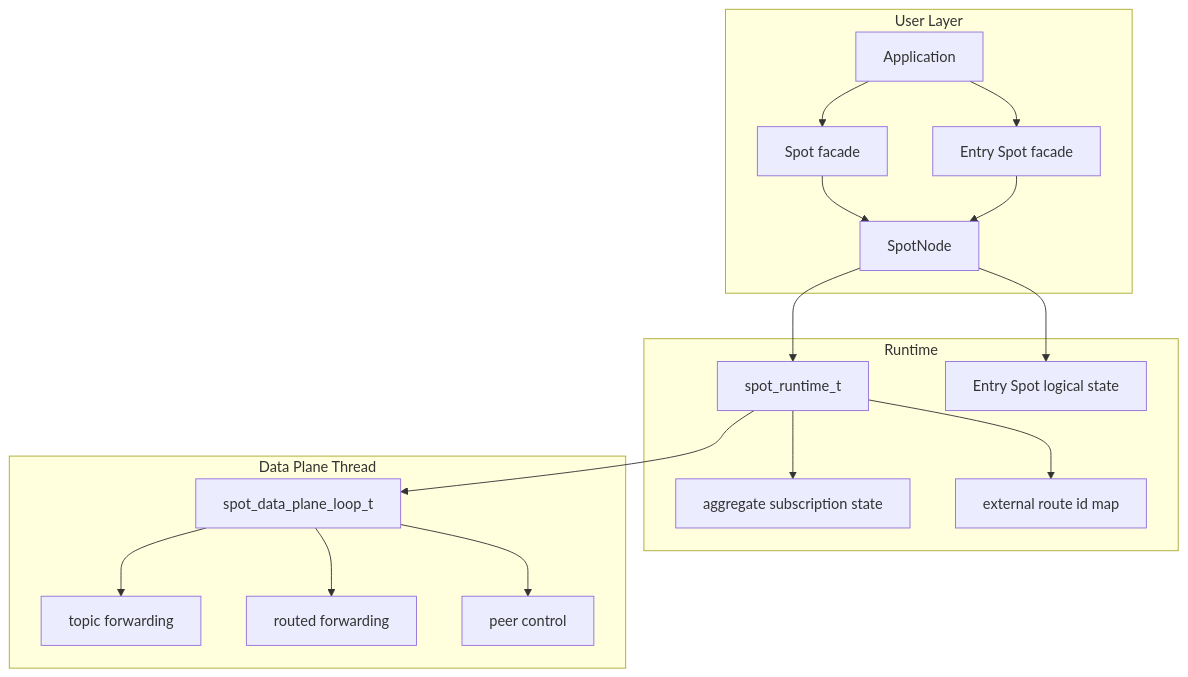
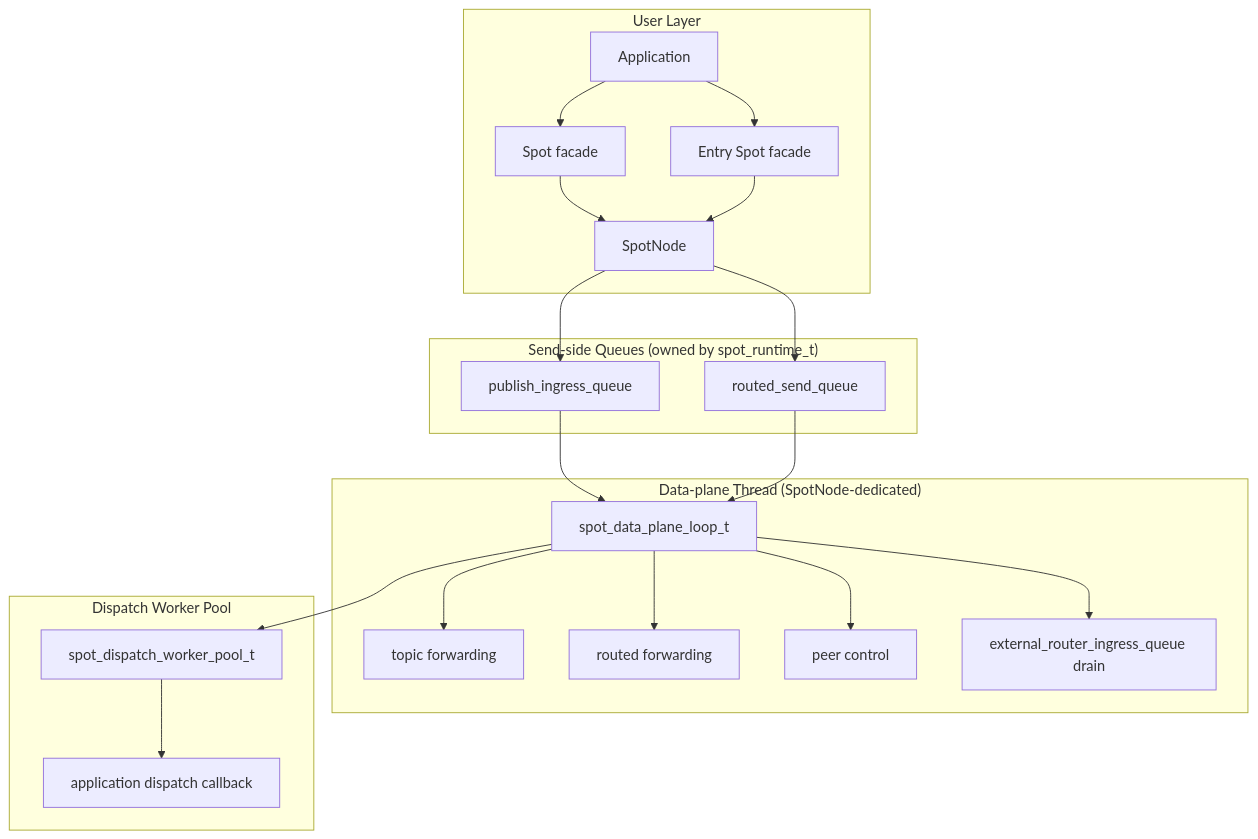
Before and after one commit to kairos-code-dev/zlink: the first of 11 diagrams in doc/internals/spot-internals.md, drawn with Mermaid. The commit also changed other lines of this file and 25 other files, not shown here.

Commit message:
Implement spot publish ingress data plane

````diff
--- a/doc/internals/spot-internals.md
+++ b/doc/internals/spot-internals.md
@@ -51,36 +61,42 @@
 ```mermaid
 flowchart TB
     subgraph UserLayer["User Layer"]
         app["Application"]
         spot["Spot facade"]
         entry["Entry Spot facade"]
         node["SpotNode"]
     end
 
-    subgraph RuntimeLayer["Runtime"]
-        runtime["spot_runtime_t"]
-        agg["aggregate subscription state"]
-        route_ids["external route id map"]
-        entry_state["Entry Spot logical state"]
+    subgraph SendQueues["Send-side Queues (owned by spot_runtime_t)"]
+        piq["publish_ingress_queue"]
+        rsq["routed_send_queue"]
     end
 
-    subgraph DataPlane["Data Plane Thread"]
+    subgraph DataPlane["Data-plane Thread (SpotNode-dedicated)"]
         loop["spot_data_plane_loop_t"]
         topic["topic forwarding"]
         routed["routed forwarding"]
         control["peer control"]
+        eriq["external_router_ingress_queue drain"]
+    end
+
+    subgraph Workers["Dispatch Worker Pool"]
+        wp["spot_dispatch_worker_pool_t"]
+        cb["application dispatch callback"]
     end
 
     app --> spot
     app --> entry
     spot --> node
     entry --> node
-    node --> runtime
-    node --> entry_state
-    runtime --> agg
-    runtime --> route_ids
-    runtime --> loop
+    node --> piq
+    node --> rsq
+    piq --> loop
+    rsq --> loop
     loop --> topic
     loop --> routed
     loop --> control
+    loop --> eriq
+    loop --> wp
+    wp --> cb
 ```
````
